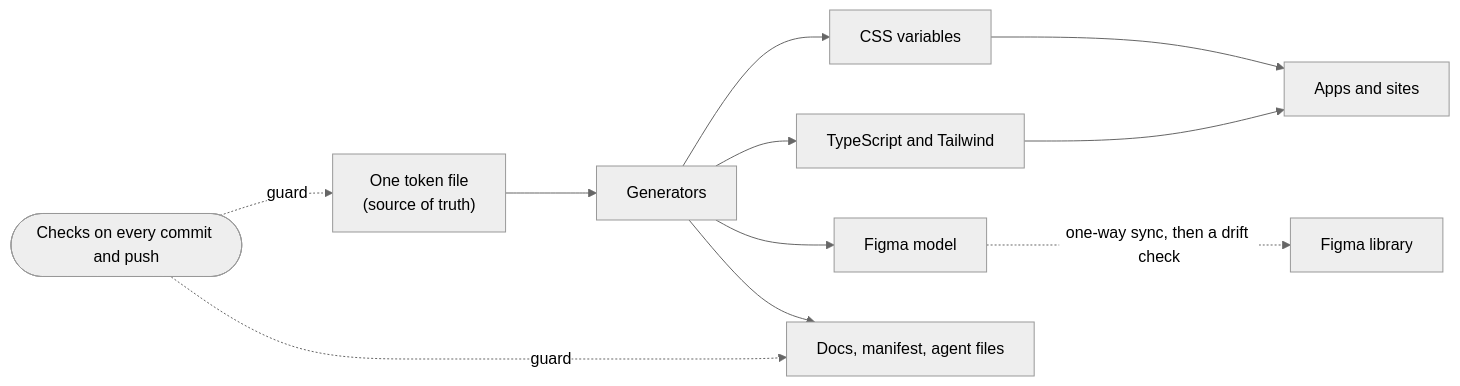
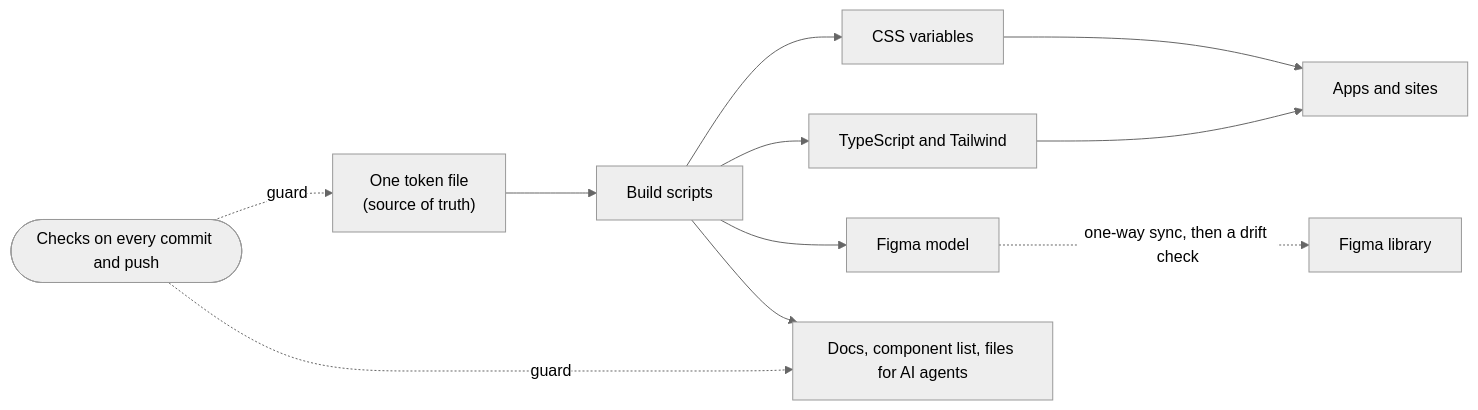
One commit to hirobius/hds changed the diagram in content/docs/case-study.mdx. Above: the diagram before and after it, drawn with Mermaid (neutral theme). The commit also changed other lines of this file and 7 other files, not shown here.

````diff
--- a/content/docs/case-study.mdx
+++ b/content/docs/case-study.mdx
@@ -31,13 +31,13 @@
 ```mermaid
 flowchart LR
-  T["One token file<br/>(source of truth)"] --> G["Generators"]
+  T["One token file<br/>(source of truth)"] --> G["Build scripts"]
   G --> CSS["CSS variables"]
   G --> TS["TypeScript and Tailwind"]
   G --> FM["Figma model"]
-  G --> D["Docs, manifest, agent files"]
+  G --> D["Docs, component list, files for AI agents"]
   CSS --> A["Apps and sites"]
   TS --> A
   FM -. "one-way sync, then a drift check" .-> F["Figma library"]
   C(["Checks on every commit and push"]) -. guard .-> T
   C -. guard .-> D
 ```
````
